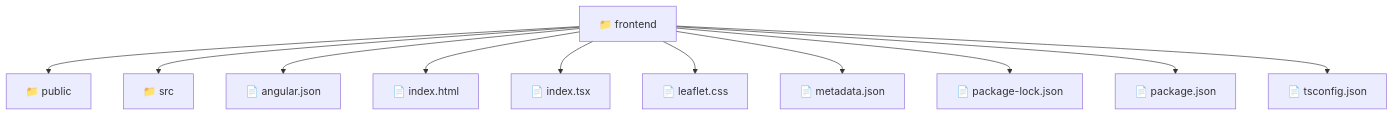
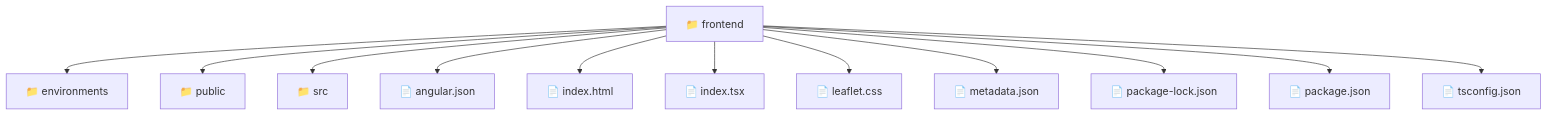
The diagram in frontend/README.md (beginwebdev2002/fullstack-mavluda), drawn with Mermaid before and after one commit. The commit also changed other lines of this file and 161 other files, not shown here.

First line of the commit message:
docs: generate localized architectural READMEs across all directories

````diff
--- a/frontend/README.md
+++ b/frontend/README.md
@@ -9,14 +9,15 @@
 ```mermaid
 graph TD
-  Root["📁 frontend"]
-  Root --> public["📁 public"]
-  Root --> src["📁 src"]
-  Root --> angular_json["📄 angular.json"]
-  Root --> index_html["📄 index.html"]
-  Root --> index_tsx["📄 index.tsx"]
-  Root --> leaflet_css["📄 leaflet.css"]
-  Root --> metadata_json["📄 metadata.json"]
-  Root --> package_lock_json["📄 package-lock.json"]
-  Root --> package_json["📄 package.json"]
-  Root --> tsconfig_json["📄 tsconfig.json"]
+  frontend["📁 frontend"]
+  frontend --> environments["📁 environments"]
+  frontend --> public["📁 public"]
+  frontend --> src["📁 src"]
+  frontend --> angular_json["📄 angular.json"]
+  frontend --> index_html["📄 index.html"]
+  frontend --> index_tsx["📄 index.tsx"]
+  frontend --> leaflet_css["📄 leaflet.css"]
+  frontend --> metadata_json["📄 metadata.json"]
+  frontend --> package_lock_json["📄 package-lock.json"]
+  frontend --> package_json["📄 package.json"]
+  frontend --> tsconfig_json["📄 tsconfig.json"]
 ```
````
